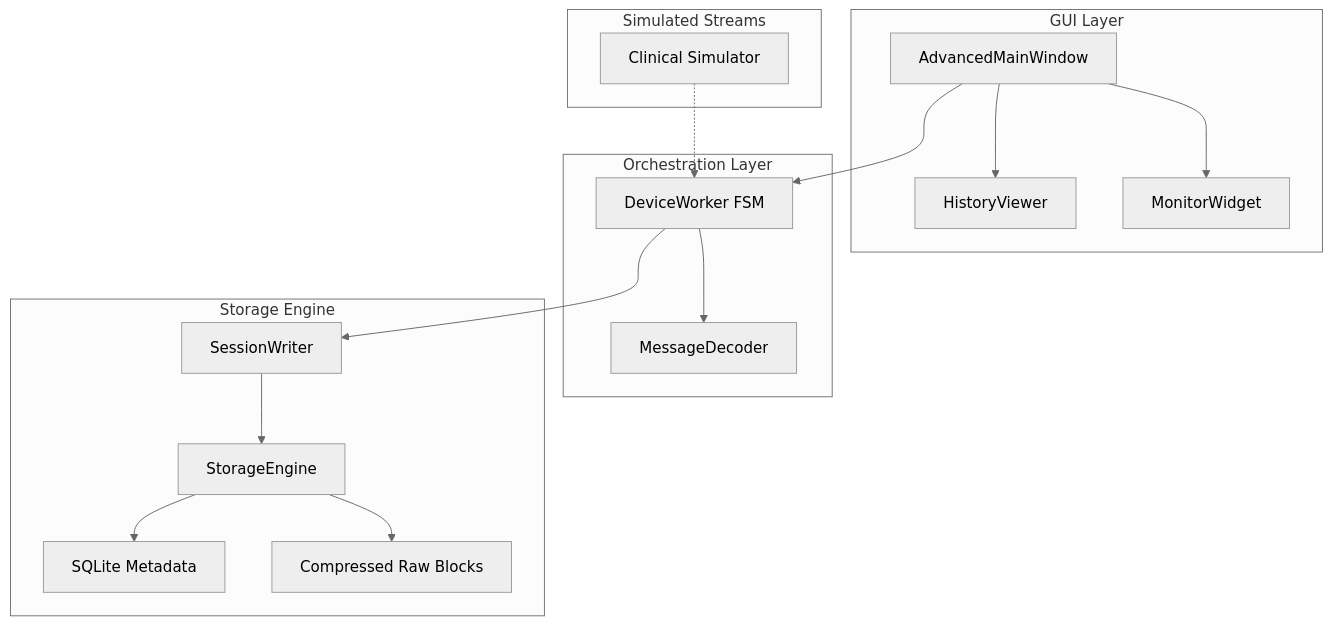
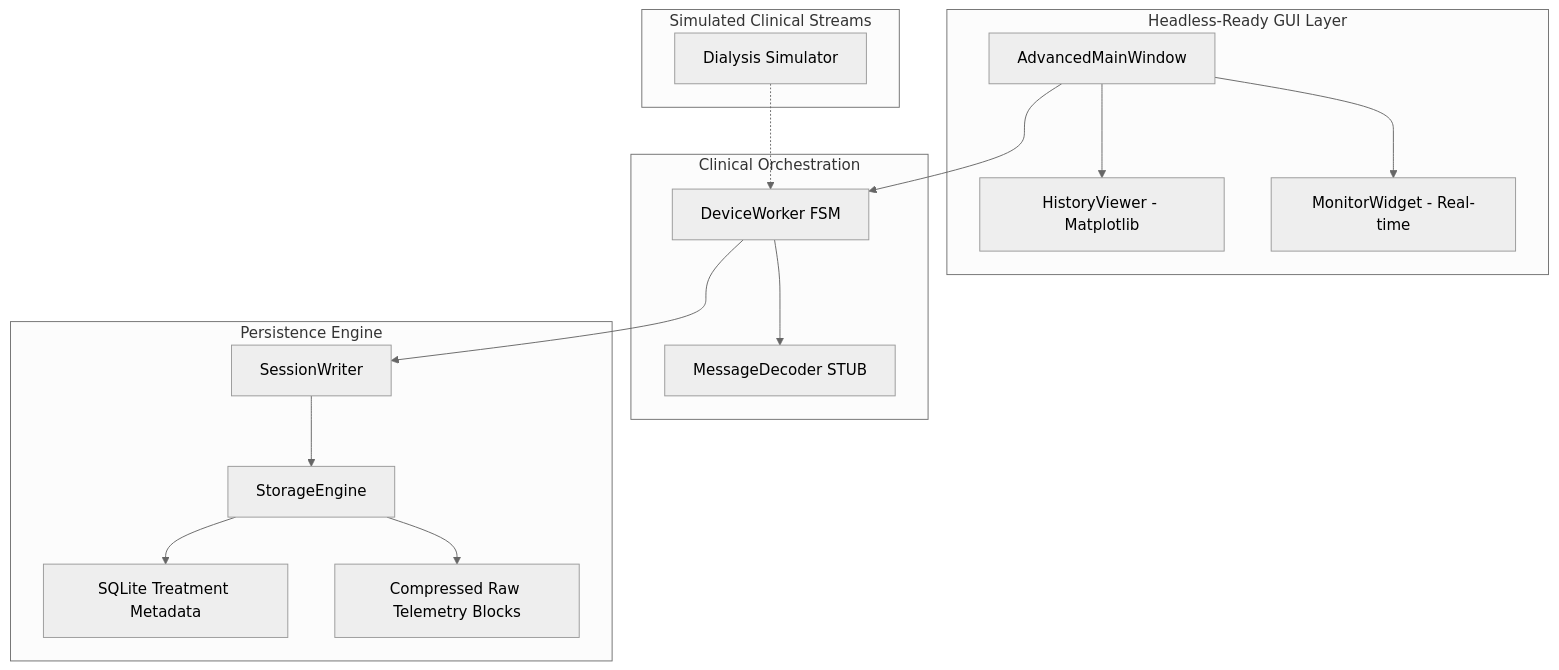
Before and after one commit to DinhLucent/ClinicalStream-Orchestrator: the diagram in README.md, drawn with Mermaid (neutral theme). The commit also changed other lines of this file, not shown here.

Commit message:
docs: finalize dialysis-centric README emphasizing Prismaflex/CRRT expertise

````diff
--- a/README.md
+++ b/README.md
@@ -18,24 +28,24 @@
 ```mermaid
 graph TD
-    subgraph UI_Layer [GUI Layer]
+    subgraph UI_Layer [Headless-Ready GUI Layer]
         MW[AdvancedMainWindow]
-        MW --> HW[HistoryViewer]
-        MW --> MV[MonitorWidget]
+        MW --> HW[HistoryViewer - Matplotlib]
+        MW --> MV[MonitorWidget - Real-time]
     end
 
-    subgraph Logic_Layer [Orchestration Layer]
+    subgraph Logic_Layer [Clinical Orchestration]
         MW --> DW[DeviceWorker FSM]
-        DW --> MD[MessageDecoder]
+        DW --> MD[MessageDecoder STUB]
     end
 
-    subgraph Data_Layer [Storage Engine]
+    subgraph Data_Layer [Persistence Engine]
         DW --> SW[SessionWriter]
         SW --> SE[StorageEngine]
-        SE --> SQ[SQLite Metadata]
-        SE --> RB[Compressed Raw Blocks]
+        SE --> SQ[SQLite Treatment Metadata]
+        SE --> RB[Compressed Raw Telemetry Blocks]
     end
 
-    subgraph Device_Layer [Simulated Streams]
-        DS[Clinical Simulator] -.-> DW
+    subgraph Device_Layer [Simulated Clinical Streams]
+        DS[Dialysis Simulator] -.-> DW
     end
 ```
````
